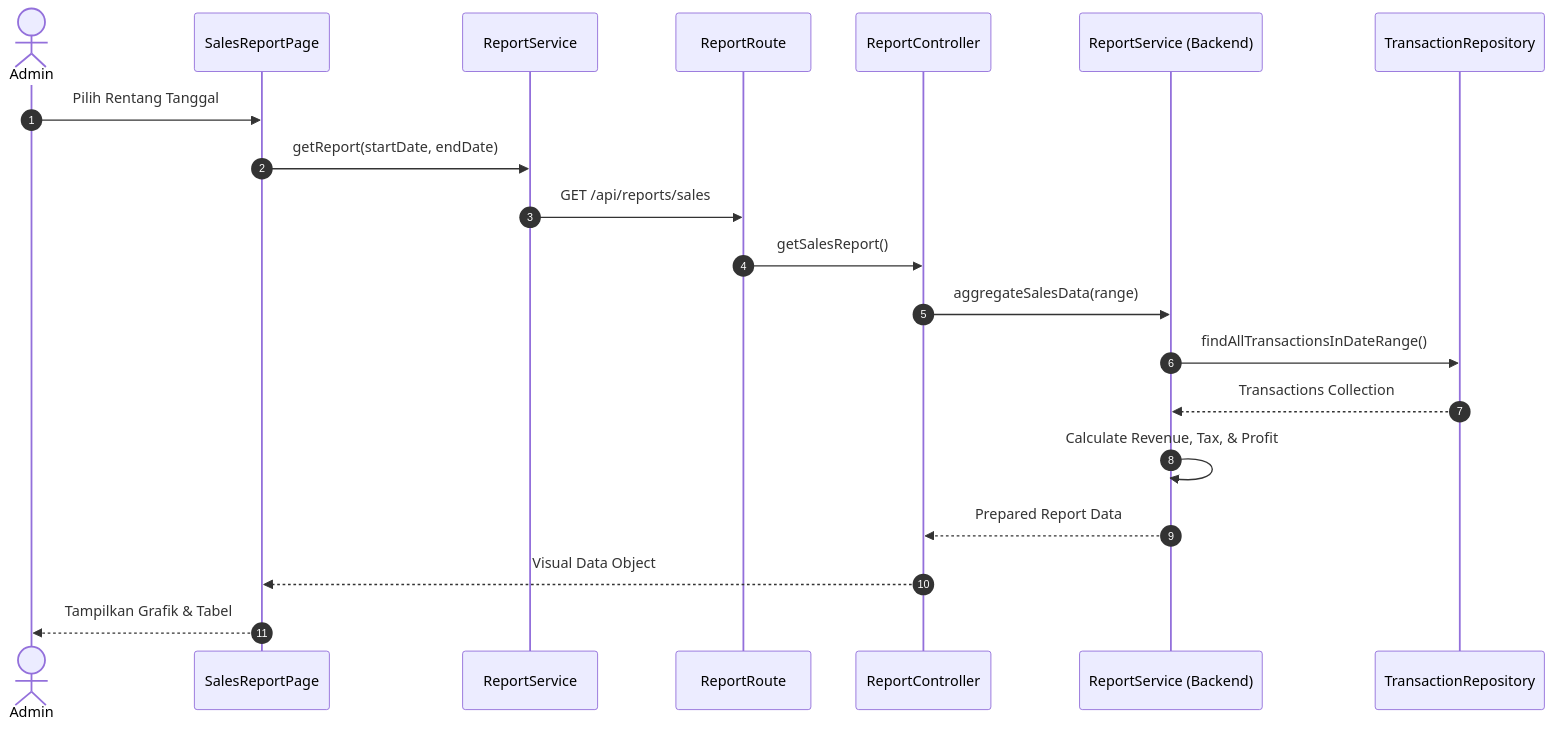
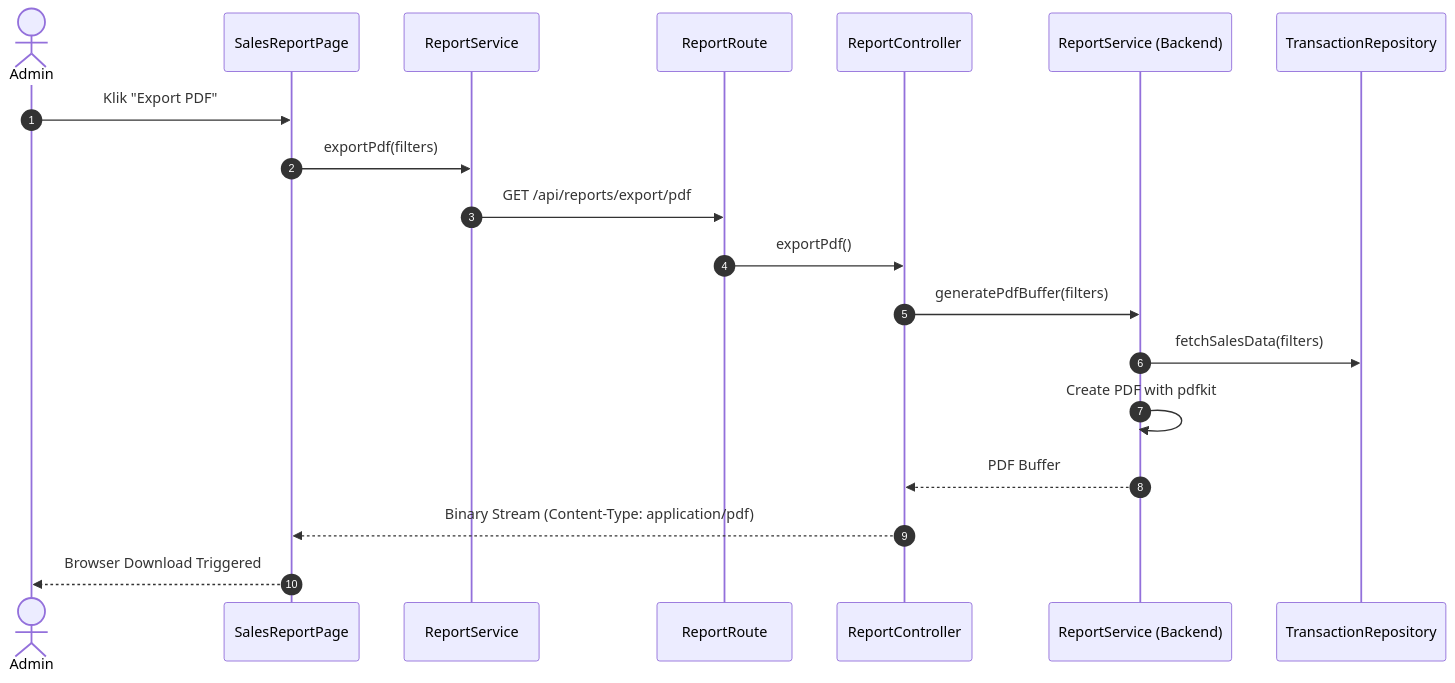
The seventh of 7 diagrams in UML.md (ricky-blip/pos-frontend), drawn with Mermaid before and after one commit. The commit also changed other lines of this file and 26 other files, not shown here.

````diff
--- a/UML.md
+++ b/UML.md
@@ -166,25 +242,24 @@
 ```mermaid
 sequenceDiagram
     autonumber
     actor Admin
     participant UI as SalesReportPage
     participant Service as ReportService
     participant Route as ReportRoute
     participant Ctrl as ReportController
     participant BService as ReportService (Backend)
     participant Repo as TransactionRepository
 
-    Admin->>UI: Pilih Rentang Tanggal
-    UI->>Service: getReport(startDate, endDate)
-    Service->>Route: GET /api/reports/sales
-    Route->>Ctrl: getSalesReport()
-    Ctrl->>BService: aggregateSalesData(range)
+    Admin->>UI: Klik "Export PDF"
+    UI->>Service: exportPdf(filters)
+    Service->>Route: GET /api/reports/export/pdf
+    Route->>Ctrl: exportPdf()
+    Ctrl->>BService: generatePdfBuffer(filters)
     
-    BService->>Repo: findAllTransactionsInDateRange()
-    Repo-->>BService: Transactions Collection
+    BService->>Repo: fetchSalesData(filters)
+    BService->>BService: Create PDF with pdfkit
     
-    BService->>BService: Calculate Revenue, Tax, & Profit
-    BService-->>Ctrl: Prepared Report Data
-    Ctrl-->>UI: Visual Data Object
-    UI-->>Admin: Tampilkan Grafik & Tabel
+    BService-->>Ctrl: PDF Buffer
+    Ctrl-->>UI: Binary Stream (Content-Type: application/pdf)
+    UI-->>Admin: Browser Download Triggered
 ```
````
